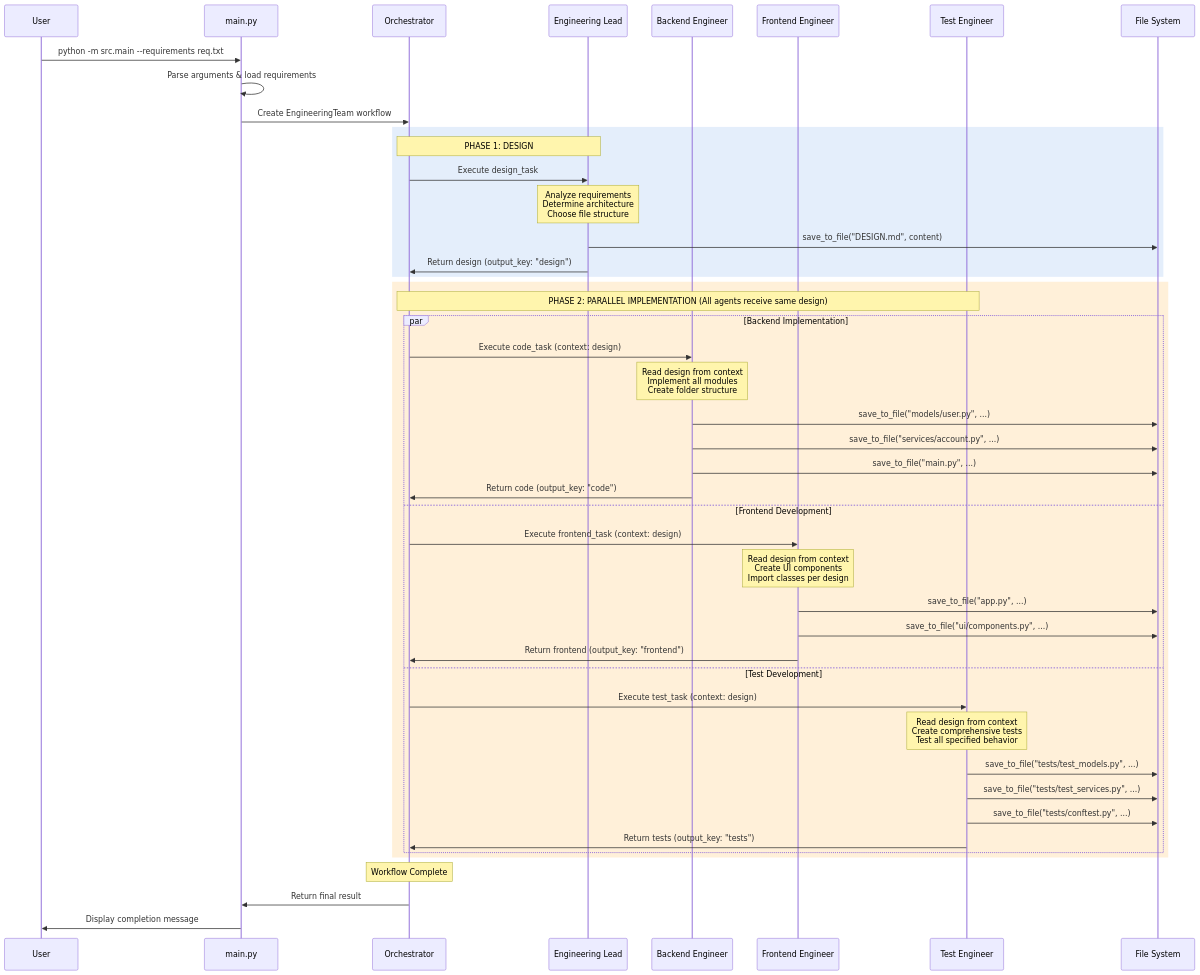
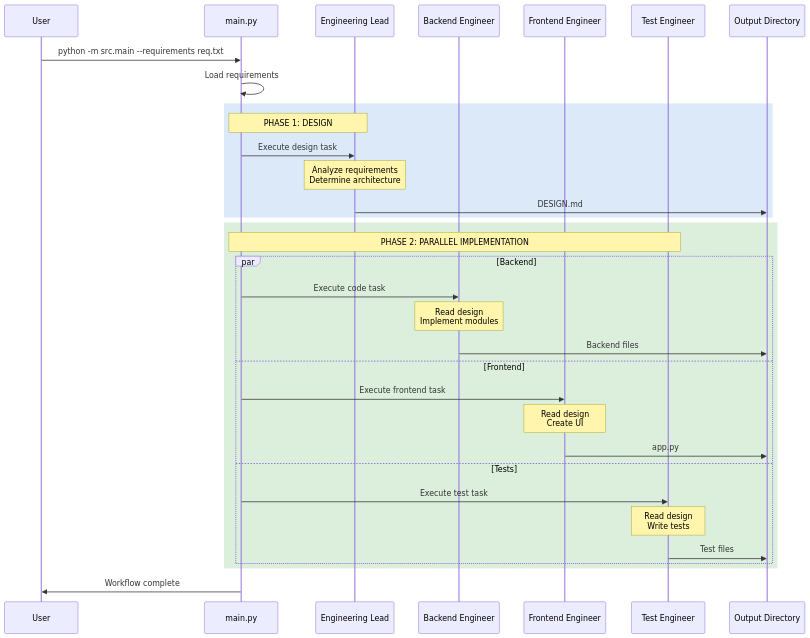
The second of 2 diagrams in README.md (hmunjuluri05/engineering-team), drawn with Mermaid before and after one commit. The commit also changed other lines of this file and 1 other file, not shown here.

````diff
--- a/README.md
+++ b/README.md
@@ -88,54 +82,40 @@
 ```mermaid
 sequenceDiagram
     participant User
     participant CLI as main.py
-    participant Orch as Orchestrator
     participant Lead as Engineering Lead
     participant Back as Backend Engineer
     participant Front as Frontend Engineer
     participant Test as Test Engineer
-    participant FS as File System
+    participant OUT as Output Directory
 
     User->>CLI: python -m src.main --requirements req.txt
-    CLI->>CLI: Parse arguments & load requirements
-    CLI->>Orch: Create EngineeringTeam workflow
+    CLI->>CLI: Load requirements
 
-    rect rgba(74, 144, 226, 0.15)
-    Note over Orch,Lead: PHASE 1: DESIGN
-    Orch->>Lead: Execute design_task
-    Note over Lead: Analyze requirements<br/>Determine architecture<br/>Choose file structure
-    Lead->>FS: save_to_file("DESIGN.md", content)
-    Lead->>Orch: Return design (output_key: "design")
+    rect rgba(74, 144, 226, 0.2)
+    Note over CLI,Lead: PHASE 1: DESIGN
+    CLI->>Lead: Execute design task
+    Note over Lead: Analyze requirements<br/>Determine architecture
+    Lead->>OUT: DESIGN.md
     end
 
-    rect rgba(255, 152, 0, 0.15)
-    Note over Orch,Test: PHASE 2: PARALLEL IMPLEMENTATION (All agents receive same design)
+    rect rgba(76, 175, 80, 0.2)
+    Note over CLI,Test: PHASE 2: PARALLEL IMPLEMENTATION
 
-    par Backend Implementation
-        Orch->>Back: Execute code_task (context: design)
-        Note over Back: Read design from context<br/>Implement all modules<br/>Create folder structure
-        Back->>FS: save_to_file("models/user.py", ...)
-        Back->>FS: save_to_file("services/account.py", ...)
-        Back->>FS: save_to_file("main.py", ...)
-        Back->>Orch: Return code (output_key: "code")
-    and Frontend Development
-        Orch->>Front: Execute frontend_task (context: design)
-        Note over Front: Read design from context<br/>Create UI components<br/>Import classes per design
-        Front->>FS: save_to_file("app.py", ...)
-        Front->>FS: save_to_file("ui/components.py", ...)
-        Front->>Orch: Return frontend (output_key: "frontend")
-    and Test Development
-        Orch->>Test: Execute test_task (context: design)
-        Note over Test: Read design from context<br/>Create comprehensive tests<br/>Test all specified behavior
-        Test->>FS: save_to_file("tests/test_models.py", ...)
-        Test->>FS: save_to_file("tests/test_services.py", ...)
-        Test->>FS: save_to_file("tests/conftest.py", ...)
-        Test->>Orch: Return tests (output_key: "tests")
+    par Backend
+        CLI->>Back: Execute code task
+        Note over Back: Read design<br/>Implement modules
+        Back->>OUT: Backend files
+    and Frontend
+        CLI->>Front: Execute frontend task
+        Note over Front: Read design<br/>Create UI
+        Front->>OUT: app.py
+    and Tests
+        CLI->>Test: Execute test task
+        Note over Test: Read design<br/>Write tests
+        Test->>OUT: Test files
     end
     end
 
-    Note over Orch: Workflow Complete
-
-    Orch->>CLI: Return final result
-    CLI->>User: Display completion message
+    CLI->>User: Workflow complete
 ```
````
